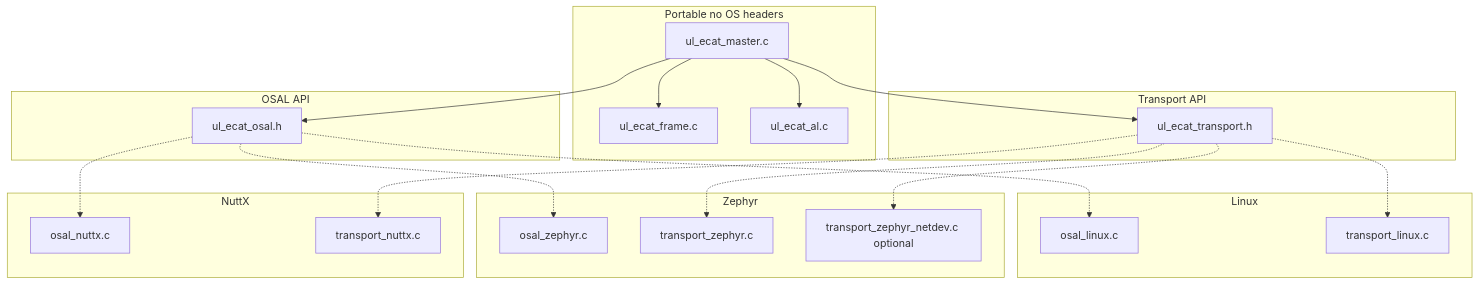
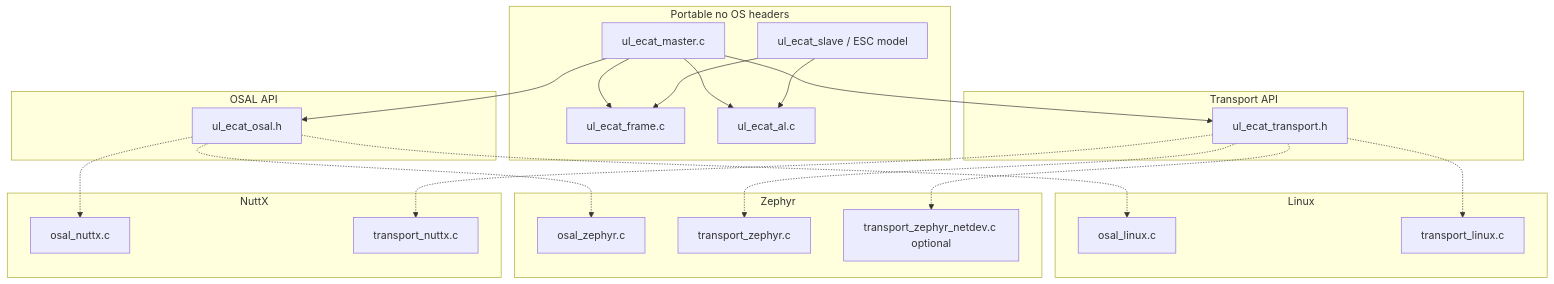
One commit to uLipe/ul_ecat changed the first of 2 diagrams in doc/architecture.md. Above: the diagram before and after it, drawn with Mermaid. The commit also changed other lines of this file and 31 other files, not shown here.

````diff
--- a/doc/architecture.md
+++ b/doc/architecture.md
@@ -16,38 +16,41 @@
 ```mermaid
 flowchart TB
   subgraph portable [Portable no OS headers]
     Frame[ul_ecat_frame.c]
     Al[ul_ecat_al.c]
     Master[ul_ecat_master.c]
+    Slave[ul_ecat_slave / ESC model]
   end
   subgraph osal_api [OSAL API]
     OsalH[ul_ecat_osal.h]
   end
   subgraph tr_api [Transport API]
     TrH[ul_ecat_transport.h]
   end
   subgraph impl_linux [Linux]
     OsalL[osal_linux.c]
     TrL[transport_linux.c]
   end
   subgraph impl_zephyr [Zephyr]
     OsalZ[osal_zephyr.c]
     TrZ[transport_zephyr.c]
     TrZn[transport_zephyr_netdev.c optional]
   end
   subgraph impl_nuttx [NuttX]
     OsalN[osal_nuttx.c]
     TrN[transport_nuttx.c]
   end
   Master --> Frame
   Master --> Al
+  Slave --> Frame
+  Slave --> Al
   Master --> OsalH
   Master --> TrH
   OsalH -.-> OsalL
   OsalH -.-> OsalZ
   OsalH -.-> OsalN
   TrH -.-> TrL
   TrH -.-> TrZ
   TrH -.-> TrZn
   TrH -.-> TrN
 ```
````
